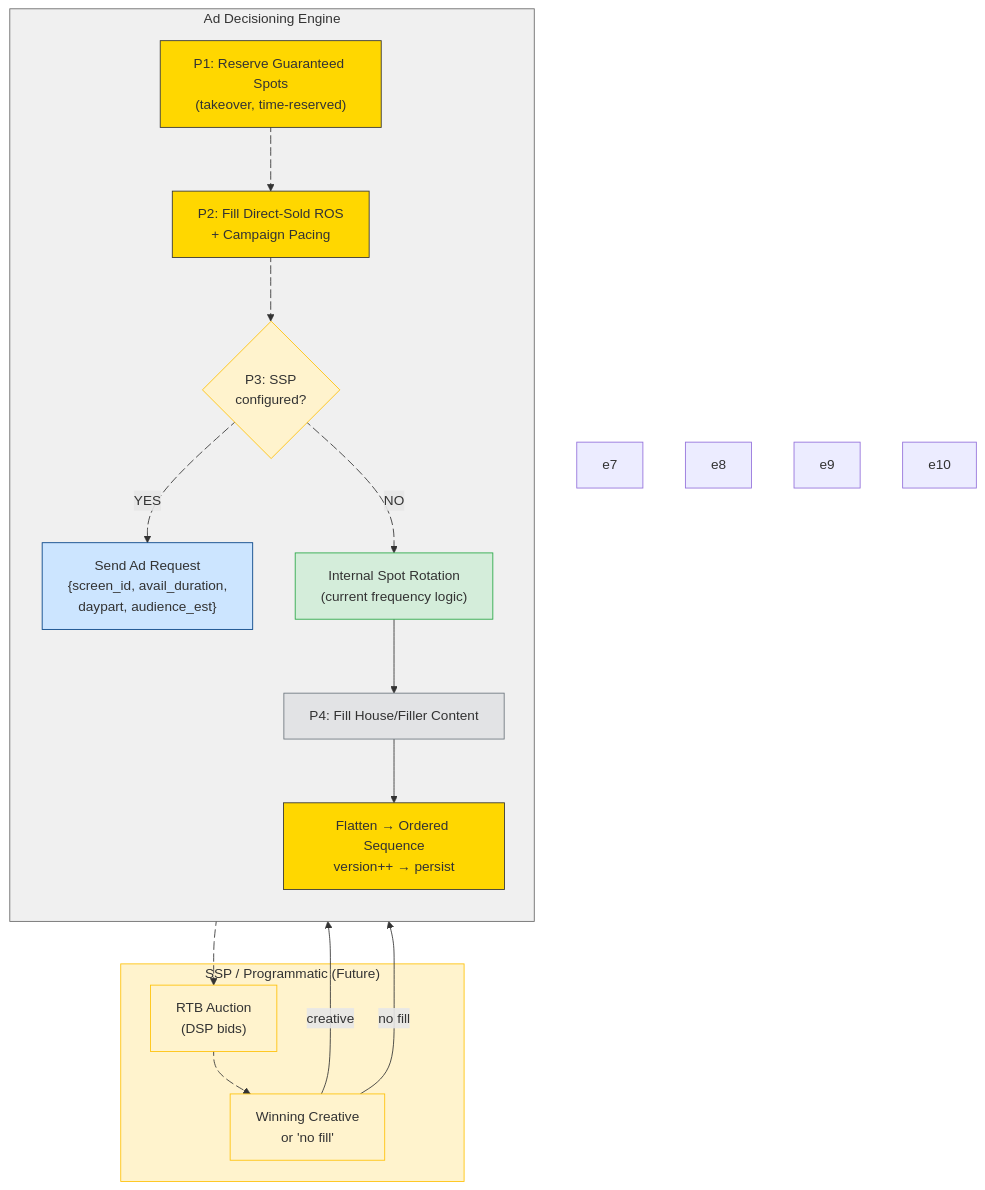
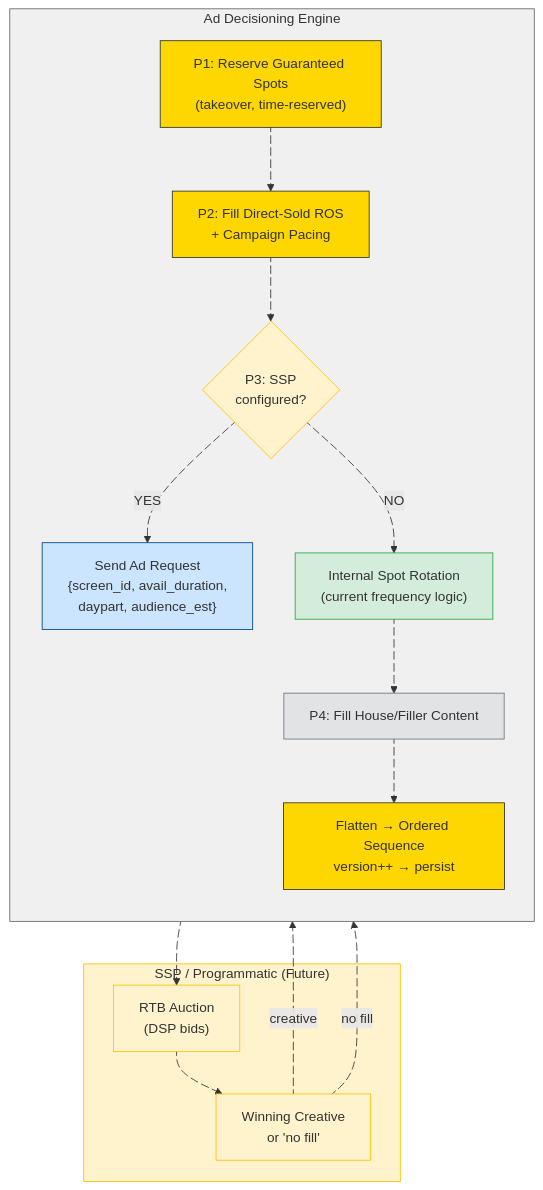
The diagram in scripts/diagrams/06-9-pdooh-integration.mmd (wasikarn/jira-generator), drawn with Mermaid before and after one commit. The commit also changed other lines of this file and 3 other files, not shown here.

```diff
--- a/scripts/diagrams/06-9-pdooh-integration.mmd
+++ b/scripts/diagrams/06-9-pdooh-integration.mmd
@@ -1,43 +1,43 @@
 flowchart TD
     subgraph ADE["Ad Decisioning Engine"]
         direction TB
         P1["P1: Reserve Guaranteed Spots<br/>(takeover, time-reserved)"]
         P2["P2: Fill Direct-Sold ROS<br/>+ Campaign Pacing"]
         P3{"P3: SSP<br/>configured?"}
         P3Y["Send Ad Request<br/>{screen_id, avail_duration,<br/>daypart, audience_est}"]
         P3N["Internal Spot Rotation<br/>(current frequency logic)"]
         P4["P4: Fill House/Filler Content"]
         SEQ["Flatten → Ordered Sequence<br/>version++ → persist"]
     end
     subgraph SSP["SSP / Programmatic (Future)"]
         RTB["RTB Auction<br/>(DSP bids)"]
         WIN["Winning Creative<br/>or 'no fill'"]
     end
     P1 e2@--> P2 e3@--> P3
     P3 e4@-->|"YES"| P3Y
     P3 e5@-->|"NO"| P3N
     P3Y e1@--> RTB e6@--> WIN
+    WIN e7@-->|"creative"| P4
+    WIN e8@-->|"no fill"| P3N
+    P3N e9@--> P4 e10@--> SEQ
     e1@{ animation: slow }
     e2@{ animation: fast }
     e3@{ animation: fast }
     e4@{ animation: fast }
     e5@{ animation: fast }
     e6@{ animation: slow }
     e7@{ animation: fast }
     e8@{ animation: fast }
     e9@{ animation: fast }
     e10@{ animation: fast }
-    WIN e7@-->|"creative"| P4
-    WIN e8@-->|"no fill"| P3N
-    P3N e9@--> P4 e10@--> SEQ
     style ADE fill:#f0f0f0,stroke:#666
     style SSP fill:#fff3cd,stroke:#ffc107
     style P1 fill:#ffd700,stroke:#333
     style P2 fill:#ffd700,stroke:#333
     style P3 fill:#fff3cd,stroke:#ffc107
     style P3Y fill:#cce5ff,stroke:#004085
     style P3N fill:#d4edda,stroke:#28a745
     style P4 fill:#e2e3e5,stroke:#6c757d
     style SEQ fill:#ffd700,stroke:#333
     style RTB fill:#fff3cd,stroke:#ffc107
     style WIN fill:#fff3cd,stroke:#ffc107
```
